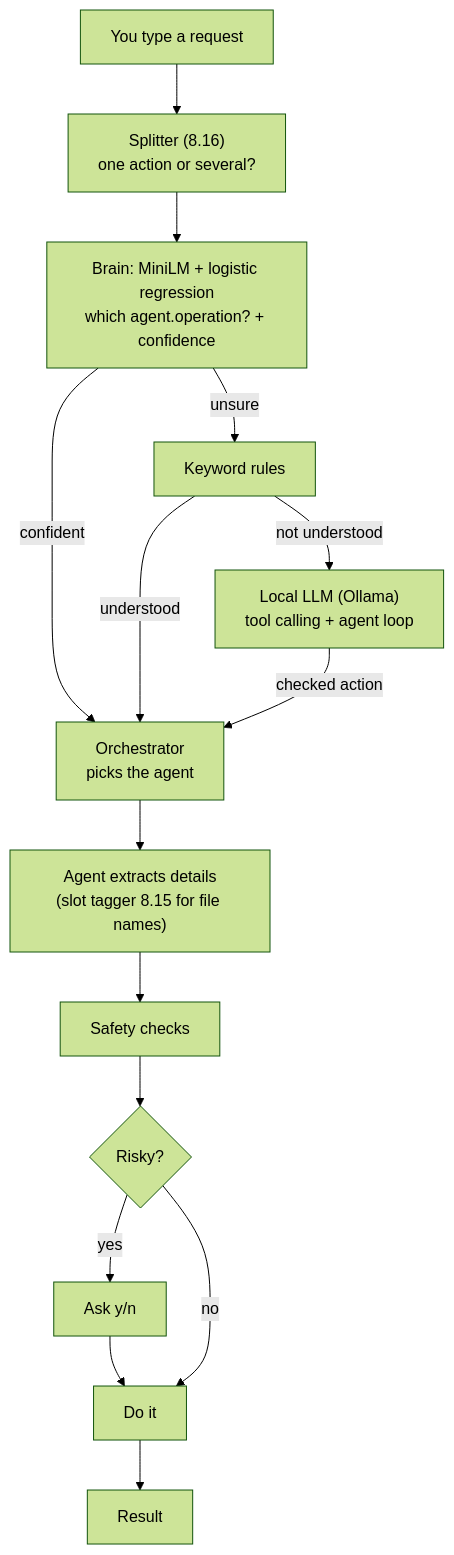
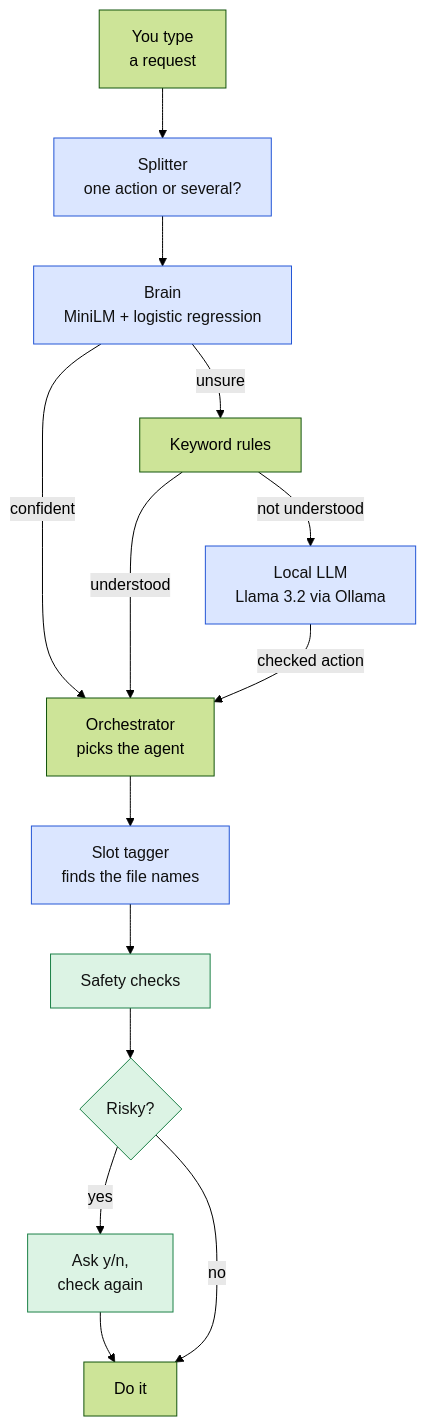
Before and after one commit to redrighthand2007/MAVERICK: the diagram in README.md, drawn with Mermaid (forest theme). The commit also changed other lines of this file and 4 other files, not shown here.

````diff
--- a/README.md
+++ b/README.md
@@ -54,16 +49,19 @@
 ```mermaid
 flowchart TD
-    A["You type a request"] --> S["Splitter (8.16)<br/>one action or several?"]
-    S --> B["Brain: MiniLM + logistic regression<br/>which agent.operation? + confidence"]
-    B -- "confident" --> O
+    A["You type<br/>a request"] --> S["Splitter<br/>one action or several?"]
+    S --> B["Brain<br/>MiniLM + logistic regression"]
+    B -- "confident" --> O["Orchestrator<br/>picks the agent"]
     B -- "unsure" --> K["Keyword rules"]
     K -- "understood" --> O
-    K -- "not understood" --> L["Local LLM (Ollama)<br/>tool calling + agent loop"]
+    K -- "not understood" --> L["Local LLM<br/>Llama 3.2 via Ollama"]
     L -- "checked action" --> O
-    O["Orchestrator<br/>picks the agent"] --> X["Agent extracts details<br/>(slot tagger 8.15 for file names)"]
+    O --> X["Slot tagger<br/>finds the file names"]
     X --> SF["Safety checks"]
     SF --> Y{"Risky?"}
-    Y -- "yes" --> Q["Ask y/n"] --> D
-    Y -- "no" --> D["Do it"]
-    D --> R["Result"]
+    Y -- "yes" --> Q["Ask y/n,<br/>check again"] --> D["Do it"]
+    Y -- "no" --> D
+    classDef ai fill:#dbe6ff,stroke:#2456d6,color:#111
+    classDef safe fill:#dcf3e4,stroke:#1d8148,color:#111
+    class S,B,L,X ai
+    class SF,Y,Q safe
 ```
````
